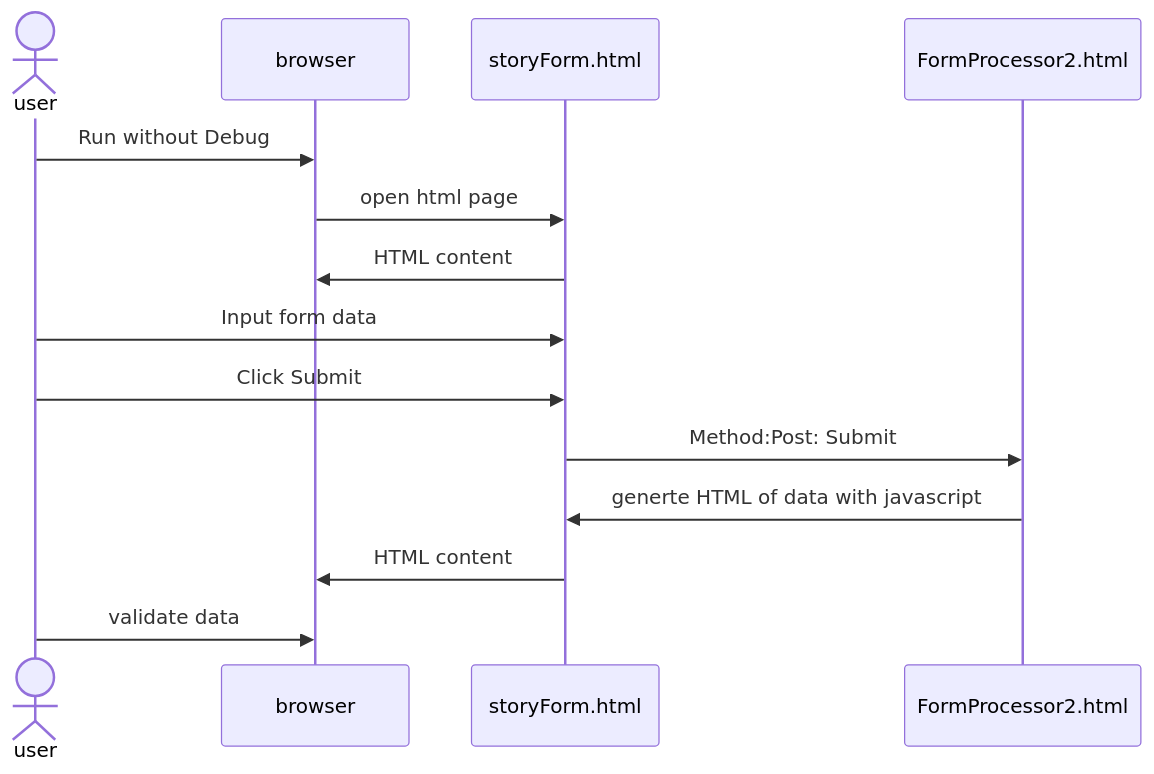
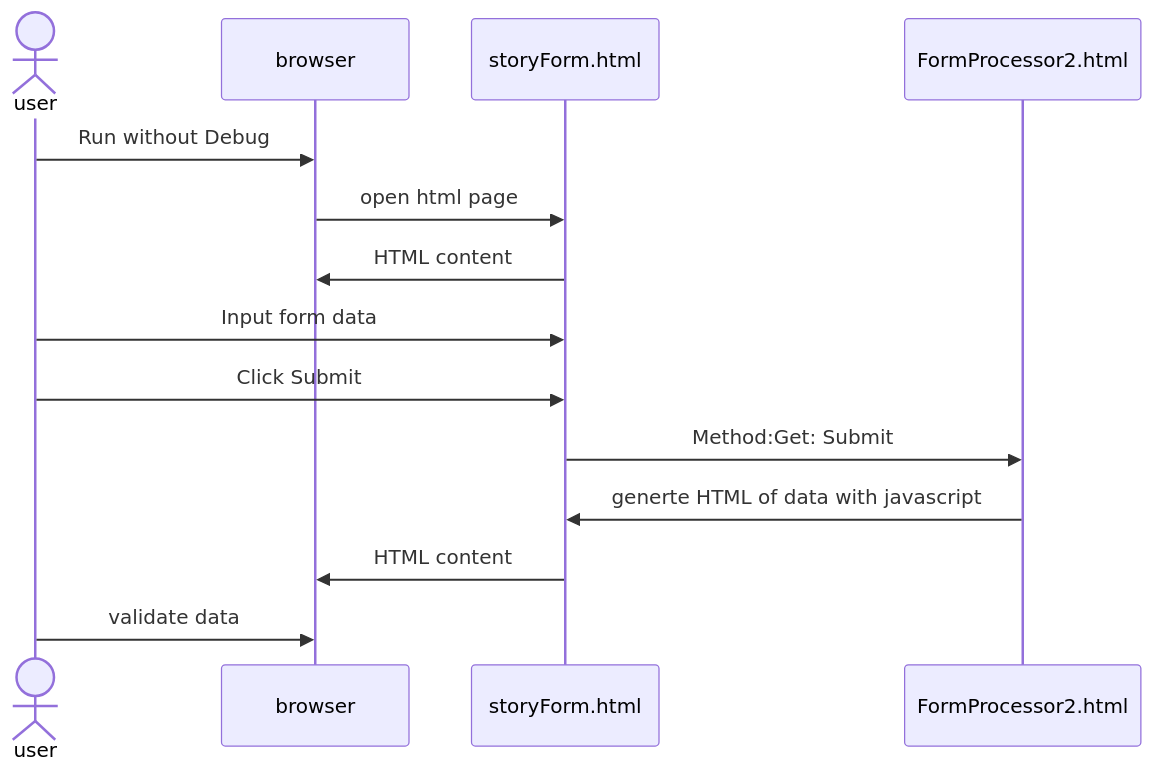
The second of 2 diagrams in week03.md (jaricsng/it1x15), drawn with Mermaid before and after one commit.

Commit message:
updated with minor correction and httpbin.org

````diff
--- a/week03.md
+++ b/week03.md
@@ -27,14 +27,14 @@
 ```mermaid
 sequenceDiagram
 actor user
 user->>browser:Run without Debug
 browser->>storyForm.html: open html page
 storyForm.html->>browser: HTML content
 user->>storyForm.html: Input form data
 user->>storyForm.html: Click Submit
-storyForm.html->>FormProcessor2.html: Method:Post: Submit
+storyForm.html->>FormProcessor2.html: Method:Get: Submit
 FormProcessor2.html->>storyForm.html: generte HTML of data with javascript 
 storyForm.html->>browser: HTML content
 user->>browser:validate data 
 
 ```
````
